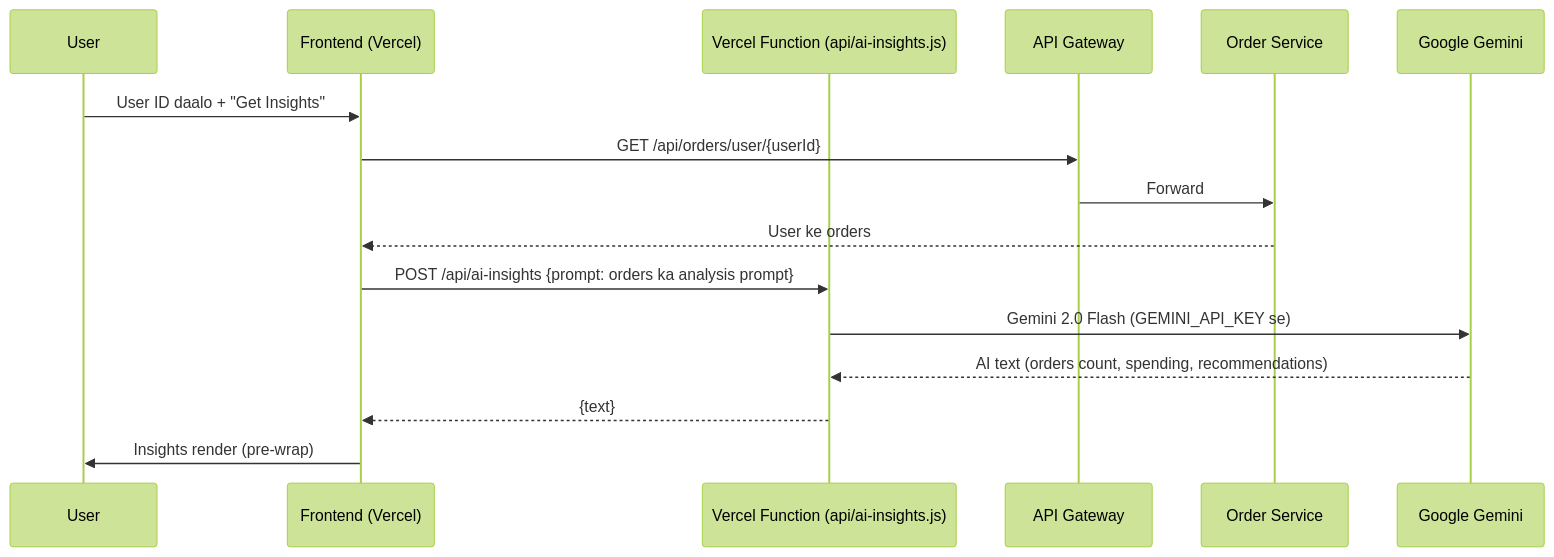
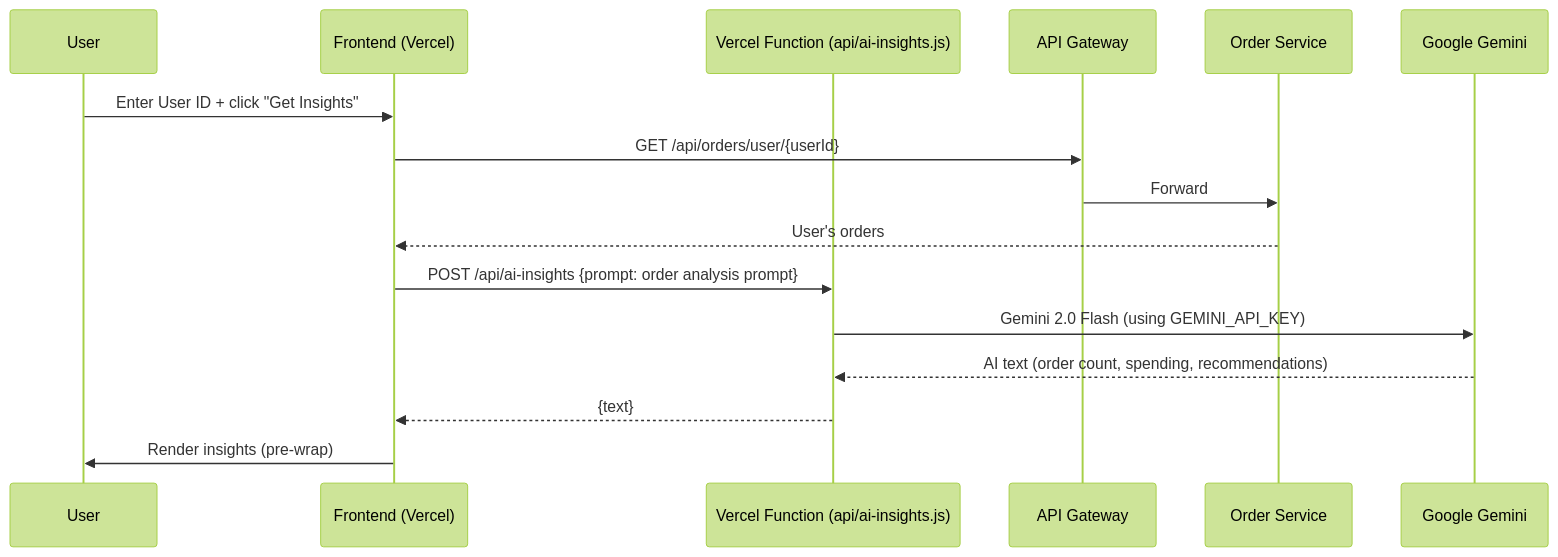
The seventh of 8 diagrams in README.md (shubhamdagar9854/OrderPulse), drawn with Mermaid (forest theme) before and after one commit. The commit also changed other lines of this file, not shown here.

````diff
--- a/README.md
+++ b/README.md
@@ -222,19 +222,19 @@
 ```mermaid
 sequenceDiagram
     participant U as User
     participant FE as Frontend (Vercel)
     participant FN as Vercel Function (api/ai-insights.js)
     participant GW as API Gateway
     participant OS as Order Service
     participant GEM as Google Gemini
 
-    U->>FE: User ID daalo + "Get Insights"
+    U->>FE: Enter User ID + click "Get Insights"
     FE->>GW: GET /api/orders/user/{userId}
     GW->>OS: Forward
-    OS-->>FE: User ke orders
-    FE->>FN: POST /api/ai-insights {prompt: orders ka analysis prompt}
-    FN->>GEM: Gemini 2.0 Flash (GEMINI_API_KEY se)
-    GEM-->>FN: AI text (orders count, spending, recommendations)
+    OS-->>FE: User's orders
+    FE->>FN: POST /api/ai-insights {prompt: order analysis prompt}
+    FN->>GEM: Gemini 2.0 Flash (using GEMINI_API_KEY)
+    GEM-->>FN: AI text (order count, spending, recommendations)
     FN-->>FE: {text}
-    FE->>U: Insights render (pre-wrap)
+    FE->>U: Render insights (pre-wrap)
 ```
````
